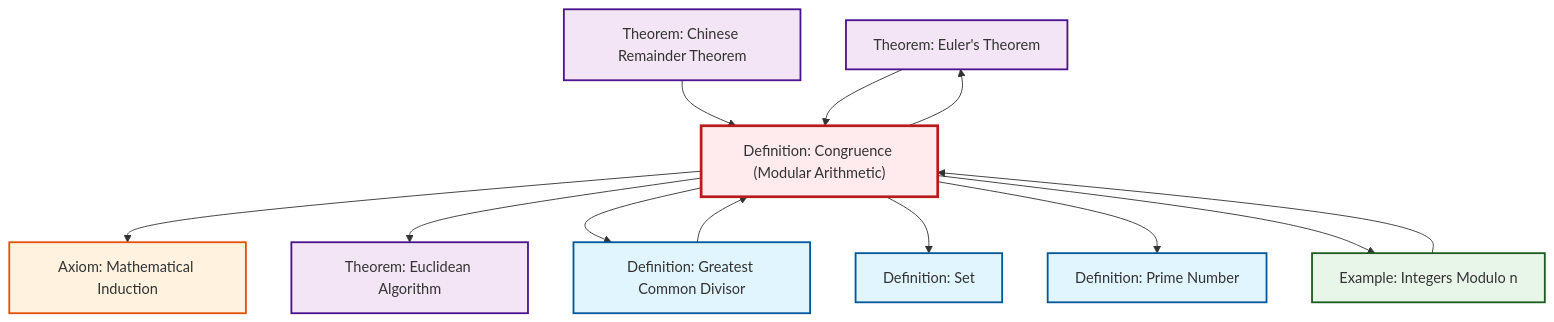
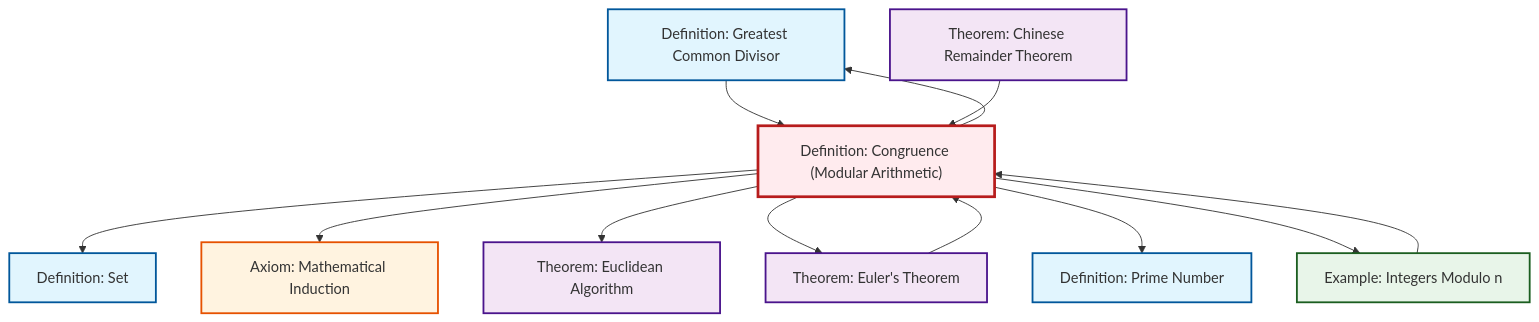
Before and after one commit to RK0429/ModernMath: the diagram in content/en/number-theory/def-congruence.qmd, drawn with Mermaid. The commit also changed other lines of this file and 491 other files, not shown here.

````diff
--- a/content/en/number-theory/def-congruence.qmd
+++ b/content/en/number-theory/def-congruence.qmd
@@ -121,38 +121,38 @@
 ```{mermaid}
 %%| fig-cap: "Local dependency graph"
 graph TD
     classDef definition fill:#e1f5fe,stroke:#01579b,stroke-width:2px
     classDef theorem fill:#f3e5f5,stroke:#4a148c,stroke-width:2px
     classDef axiom fill:#fff3e0,stroke:#e65100,stroke-width:2px
     classDef example fill:#e8f5e9,stroke:#1b5e20,stroke-width:2px
     classDef current fill:#ffebee,stroke:#b71c1c,stroke-width:3px
+    def-gcd["Definition: Greatest Common Divisor"]:::definition
+    thm-euler["Theorem: Euler's Theorem"]:::theorem
+    thm-euclidean-algorithm["Theorem: Euclidean Algorithm"]:::theorem
+    def-prime["Definition: Prime Number"]:::definition
+    thm-chinese-remainder["Theorem: Chinese Remainder Theorem"]:::theorem
+    ax-induction["Axiom: Mathematical Induction"]:::axiom
     def-set["Definition: Set"]:::definition
-    thm-euler["Theorem: Euler's Theorem"]:::theorem
-    def-gcd["Definition: Greatest Common Divisor"]:::definition
     def-congruence["Definition: Congruence (Modular Arithmetic)"]:::definition
-    ax-induction["Axiom: Mathematical Induction"]:::axiom
-    thm-chinese-remainder["Theorem: Chinese Remainder Theorem"]:::theorem
     ex-quotient-integers-mod-n["Example: Integers Modulo n"]:::example
-    def-prime["Definition: Prime Number"]:::definition
-    thm-euclidean-algorithm["Theorem: Euclidean Algorithm"]:::theorem
+    def-congruence --> def-set
+    def-gcd --> def-congruence
     def-congruence --> ax-induction
+    thm-euler --> def-congruence
     def-congruence --> thm-euclidean-algorithm
+    ex-quotient-integers-mod-n --> def-congruence
+    def-congruence --> thm-euler
+    def-congruence --> def-prime
+    thm-chinese-remainder --> def-congruence
+    def-congruence --> ex-quotient-integers-mod-n
     def-congruence --> def-gcd
-    def-congruence --> thm-euler
-    def-congruence --> def-set
-    ex-quotient-integers-mod-n --> def-congruence
-    thm-chinese-remainder --> def-congruence
-    def-congruence --> def-prime
-    thm-euler --> def-congruence
-    def-congruence --> ex-quotient-integers-mod-n
-    def-gcd --> def-congruence
     class def-congruence current
+    click def-gcd "def-gcd.html" "Go to Greatest Common Divisor definition"
+    click thm-euler "thm-euler.html" "Go to Euler's Theorem theorem"
+    click thm-euclidean-algorithm "thm-euclidean-algorithm.html" "Go to Euclidean Algorithm theorem"
+    click def-prime "def-prime.html" "Go to Prime Number definition"
+    click thm-chinese-remainder "thm-chinese-remainder.html" "Go to Chinese Remainder Theorem theorem"
+    click ax-induction "ax-induction.html" "Go to Mathematical Induction axiom"
     click def-set "def-set.html" "Go to Set definition"
-    click thm-euler "thm-euler.html" "Go to Euler's Theorem theorem"
-    click def-gcd "def-gcd.html" "Go to Greatest Common Divisor definition"
-    click ax-induction "ax-induction.html" "Go to Mathematical Induction axiom"
-    click thm-chinese-remainder "thm-chinese-remainder.html" "Go to Chinese Remainder Theorem theorem"
     click ex-quotient-integers-mod-n "ex-quotient-integers-mod-n.html" "Go to Integers Modulo n example"
-    click def-prime "def-prime.html" "Go to Prime Number definition"
-    click thm-euclidean-algorithm "thm-euclidean-algorithm.html" "Go to Euclidean Algorithm theorem"
 ```
````
